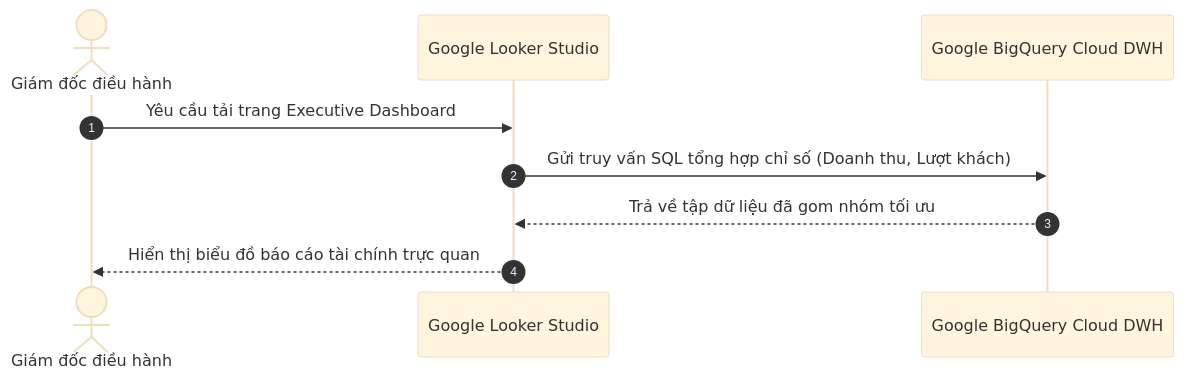
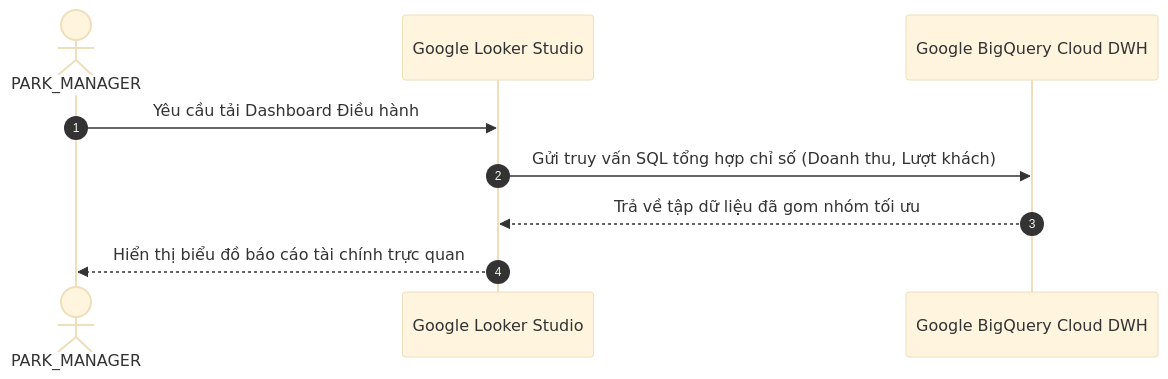
Before and after one commit to minh2307/Smart-Park: diagram 14 of 16 in Requirements_Design/System_Design_SRS.md, drawn with Mermaid (base theme). The commit also changed other lines of this file and 144 other files, not shown here.

````diff
--- a/Requirements_Design/System_Design_SRS.md
+++ b/Requirements_Design/System_Design_SRS.md
@@ -473,12 +515,12 @@
 ```mermaid
 sequenceDiagram
     autonumber
-    actor Exec as Giám đốc điều hành
+    actor PM as PARK_MANAGER
     participant Looker as Google Looker Studio
     participant BigQuery as Google BigQuery Cloud DWH
 
-    Exec->>Looker: Yêu cầu tải trang Executive Dashboard
+    PM->>Looker: Yêu cầu tải Dashboard Điều hành
     Looker->>BigQuery: Gửi truy vấn SQL tổng hợp chỉ số (Doanh thu, Lượt khách)
     BigQuery-->>Looker: Trả về tập dữ liệu đã gom nhóm tối ưu
-    Looker-->>Exec: Hiển thị biểu đồ báo cáo tài chính trực quan
+    Looker-->>PM: Hiển thị biểu đồ báo cáo tài chính trực quan
 ```
````
